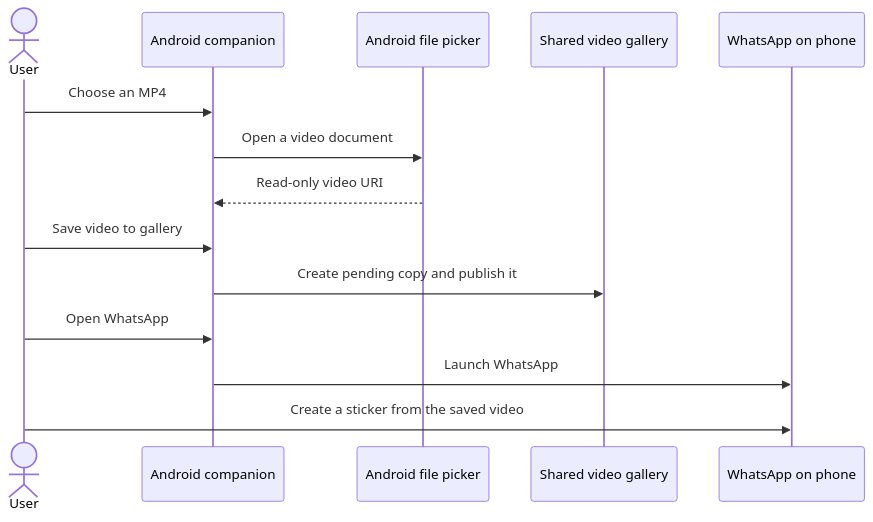
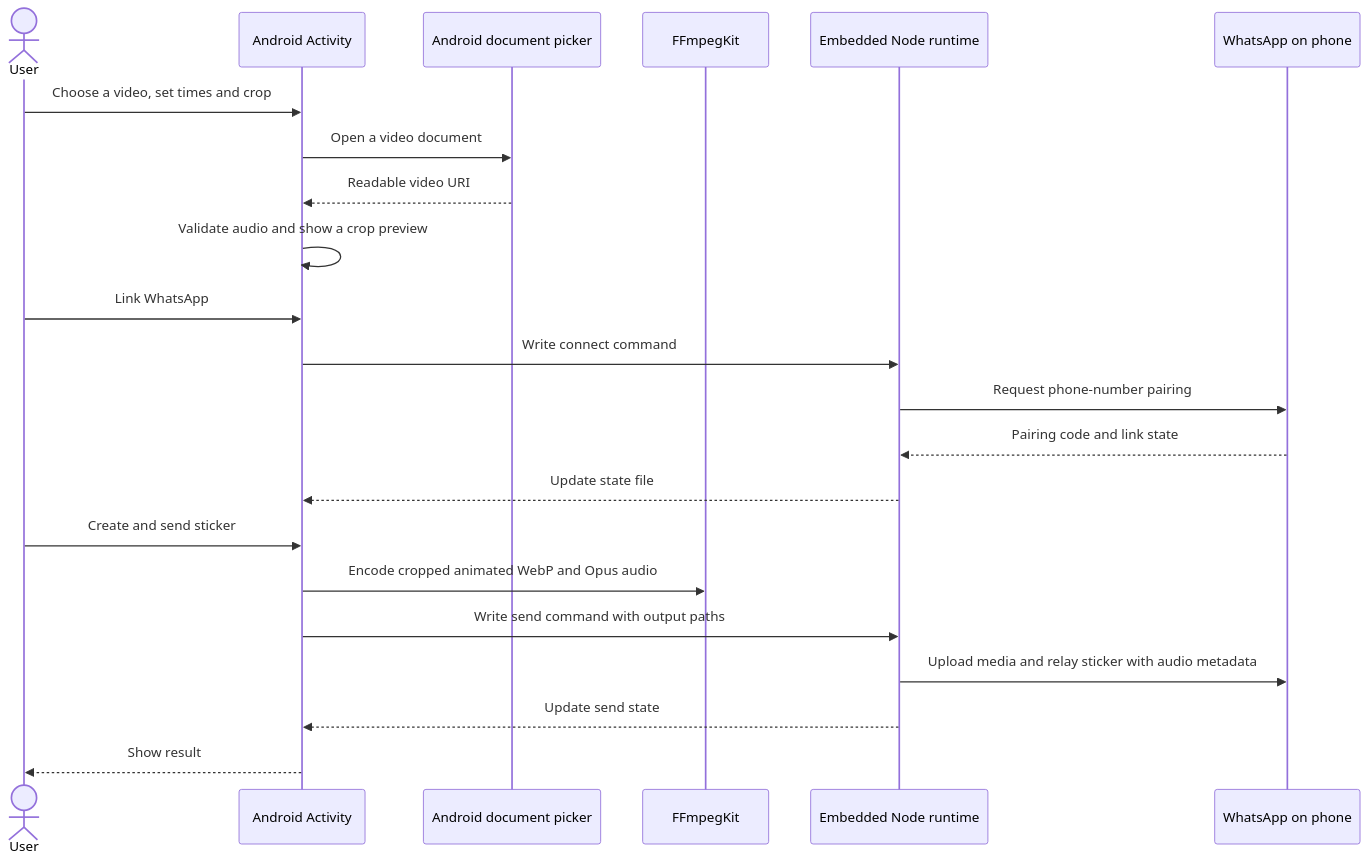
One commit to In-active-Dude/Sounded-Stickers-Whatsapp changed the third of 3 diagrams in docs/ARCHITECTURE.md. Above: the diagram before and after it, drawn with Mermaid. The commit also changed other lines of this file and 19 other files, not shown here.

Commit message:
Update Android sticker app and guides

````diff
--- a/docs/ARCHITECTURE.md
+++ b/docs/ARCHITECTURE.md
@@ -62,16 +62,24 @@
 ```mermaid
 sequenceDiagram
     actor User
-    participant App as Android companion
-    participant Picker as Android file picker
-    participant Gallery as Shared video gallery
+    participant App as Android Activity
+    participant Picker as Android document picker
+    participant FFmpeg as FFmpegKit
+    participant Node as Embedded Node runtime
     participant WA as WhatsApp on phone
-    User->>App: Choose an MP4
+    User->>App: Choose a video, set times and crop
     App->>Picker: Open a video document
-    Picker-->>App: Read-only video URI
-    User->>App: Save video to gallery
-    App->>Gallery: Create pending copy and publish it
-    User->>App: Open WhatsApp
-    App->>WA: Launch WhatsApp
-    User->>WA: Create a sticker from the saved video
+    Picker-->>App: Readable video URI
+    App->>App: Validate audio and show a crop preview
+    User->>App: Link WhatsApp
+    App->>Node: Write connect command
+    Node->>WA: Request phone-number pairing
+    WA-->>Node: Pairing code and link state
+    Node-->>App: Update state file
+    User->>App: Create and send sticker
+    App->>FFmpeg: Encode cropped animated WebP and Opus audio
+    App->>Node: Write send command with output paths
+    Node->>WA: Upload media and relay sticker with audio metadata
+    Node-->>App: Update send state
+    App-->>User: Show result
 ```
````
